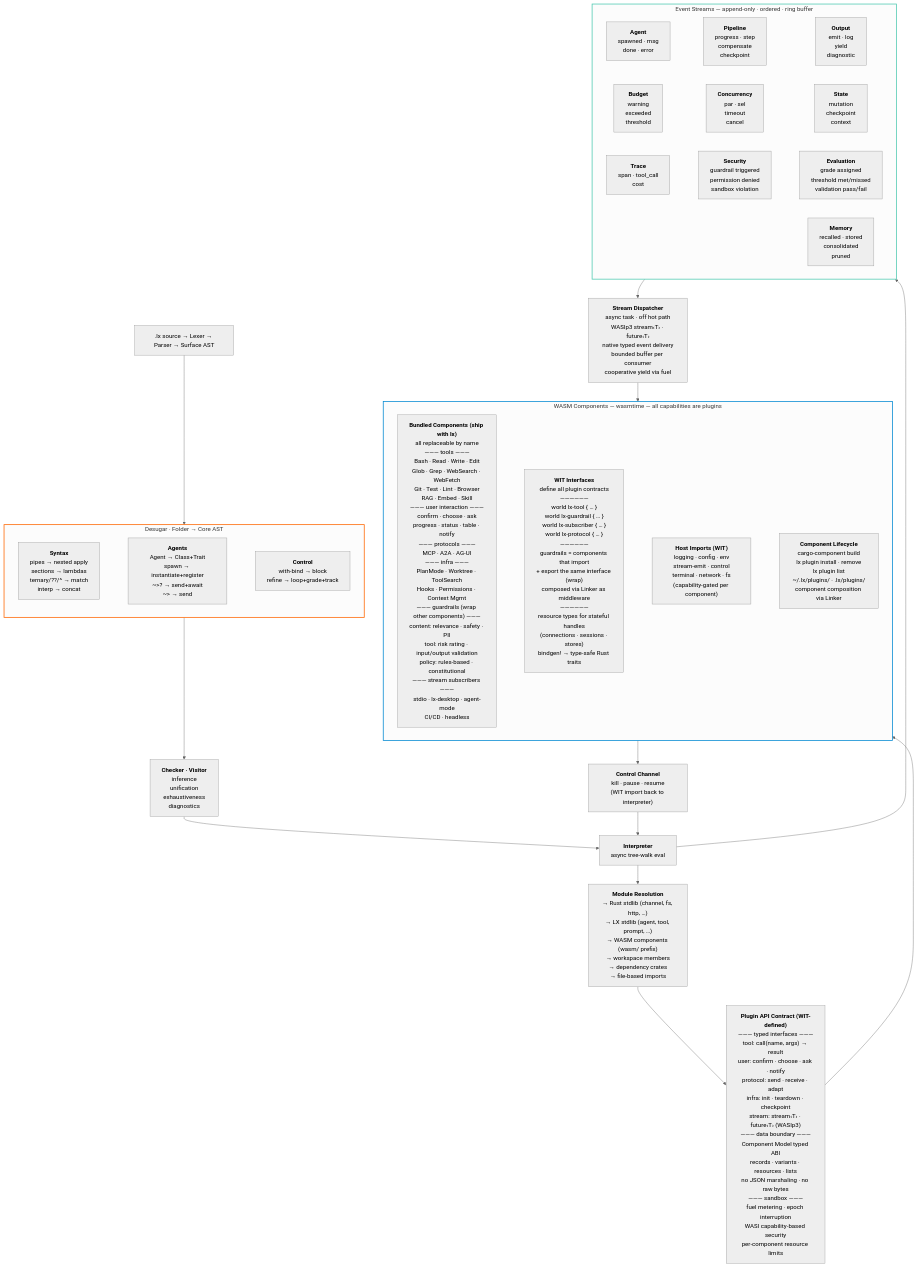
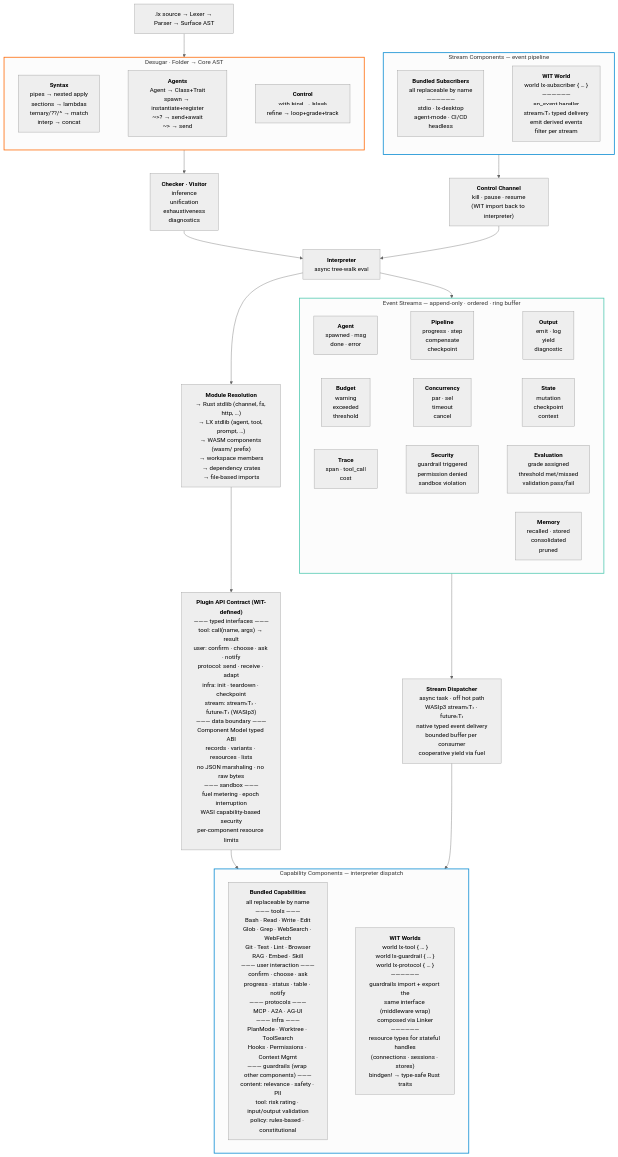
The diagram in DIAGRAM.mmd (Distortedlogic/lx), drawn with Mermaid (neutral theme) before and after one commit. The commit also changed 9 other files, not shown here.

```diff
--- a/DIAGRAM.mmd
+++ b/DIAGRAM.mmd
@@ -1,173 +1,175 @@
 graph TD
     parse[".lx source → Lexer → Parser → Surface AST"]:::orange
     parse --> desugars
 
     subgraph desugars ["Desugar · Folder → Core AST"]
         direction LR
         ds_syntax["`**Syntax**
 pipes → nested apply
 sections → lambdas
 ternary/??/^ → match
 interp → concat`"]:::orange
         ds_agents["`**Agents**
 Agent → Class+Trait
 spawn → instantiate+register
 ~>? → send+await
 ~> → send`"]:::orange
         ds_control["`**Control**
 with-bind → block
 refine → loop+grade+track`"]:::orange
         ds_syntax ~~~ ds_agents ~~~ ds_control
     end
 
     desugars --> checker["`**Checker · Visitor**
 inference
 unification
 exhaustiveness
 diagnostics`"]:::yellow
     checker --> interpreter["`**Interpreter**
 async tree-walk eval`"]:::purple
 
     interpreter --> resolve["`**Module Resolution**
 → Rust stdlib (channel, fs, http, …)
 → LX stdlib (agent, tool, prompt, …)
 → WASM components (wasm/ prefix)
 → workspace members
 → dependency crates
 → file-based imports`"]:::purple
 
     resolve --> api["`**Plugin API Contract (WIT-defined)**
 ——— typed interfaces ———
 tool: call(name, args) → result
 user: confirm · choose · ask · notify
 protocol: send · receive · adapt
 infra: init · teardown · checkpoint
 stream: stream‹T› · future‹T› (WASIp3)
 ——— data boundary ———
 Component Model typed ABI
 records · variants · resources · lists
 no JSON marshaling · no raw bytes
 ——— sandbox ———
 fuel metering · epoch interruption
 WASI capability-based security
 per-component resource limits`"]:::blue
 
     interpreter --> events
 
-    api --> wasm_ext
+    api --> wasm_cap
 
-    subgraph wasm_ext ["WASM Components — wasmtime — all capabilities are plugins"]
+    subgraph wasm_cap ["Capability Components — interpreter dispatch"]
         direction LR
-        bundled["`**Bundled Components (ship with lx)**
+        cap_bundled["`**Bundled Capabilities**
 all replaceable by name
 ——— tools ———
 Bash · Read · Write · Edit
 Glob · Grep · WebSearch · WebFetch
 Git · Test · Lint · Browser
 RAG · Embed · Skill
 ——— user interaction ———
 confirm · choose · ask
 progress · status · table · notify
 ——— protocols ———
 MCP · A2A · AG-UI
 ——— infra ———
 PlanMode · Worktree · ToolSearch
 Hooks · Permissions · Context Mgmt
 ——— guardrails (wrap other components) ———
 content: relevance · safety · PII
 tool: risk rating · input/output validation
-policy: rules-based · constitutional
-——— stream subscribers ———
-stdio · lx-desktop · agent-mode
-CI/CD · headless`"]:::blue
-        wit["`**WIT Interfaces**
-define all plugin contracts
-——————
+policy: rules-based · constitutional`"]:::blue
+        cap_wit["`**WIT Worlds**
 world lx-tool { … }
 world lx-guardrail { … }
-world lx-subscriber { … }
 world lx-protocol { … }
 ——————
-guardrails = components that import
-+ export the same interface (wrap)
-composed via Linker as middleware
+guardrails import + export the
+same interface (middleware wrap)
+composed via Linker
 ——————
 resource types for stateful handles
 (connections · sessions · stores)
 bindgen! → type-safe Rust traits`"]:::blue
-        imports["`**Host Imports (WIT)**
-logging · config · env
-stream-emit · control
-terminal · network · fs
-(capability-gated per component)`"]:::blue
-        lifecycle["`**Component Lifecycle**
-cargo-component build
-lx plugin install · remove
-lx plugin list
-~/.lx/plugins/ · .lx/plugins/
-component composition via Linker`"]:::blue
-        bundled ~~~ wit ~~~ imports ~~~ lifecycle
+        cap_bundled ~~~ cap_wit
     end
 
     subgraph events ["Event Streams — append-only · ordered · ring buffer"]
         direction LR
         evt_agent["`**Agent**
 spawned · msg
 done · error`"]:::teal
         evt_pipeline["`**Pipeline**
 progress · step
 compensate
 checkpoint`"]:::teal
         evt_output["`**Output**
 emit · log
 yield
 diagnostic`"]:::teal
         evt_budget["`**Budget**
 warning
 exceeded
 threshold`"]:::teal
         evt_concurrency["`**Concurrency**
 par · sel
 timeout
 cancel`"]:::teal
         evt_state["`**State**
 mutation
 checkpoint
 context`"]:::teal
         evt_trace["`**Trace**
 span · tool_call
 cost`"]:::teal
         evt_security["`**Security**
 guardrail triggered
 permission denied
 sandbox violation`"]:::teal
         evt_eval["`**Evaluation**
 grade assigned
 threshold met/missed
 validation pass/fail`"]:::teal
         evt_memory["`**Memory**
 recalled · stored
 consolidated
 pruned`"]:::teal
         evt_agent ~~~ evt_pipeline ~~~ evt_output
         evt_budget ~~~ evt_concurrency ~~~ evt_state
         evt_trace ~~~ evt_security ~~~ evt_eval
     end
 
     events --> dispatch["`**Stream Dispatcher**
 async task · off hot path
 WASIp3 stream‹T› · future‹T›
 native typed event delivery
 bounded buffer per consumer
 cooperative yield via fuel`"]:::teal
 
-    dispatch --> wasm_ext
+    dispatch --> wasm_cap
 
-    wasm_ext --> control["`**Control Channel**
+    subgraph wasm_stream ["Stream Components — event pipeline"]
+        direction LR
+        stream_bundled["`**Bundled Subscribers**
+all replaceable by name
+——————
+stdio · lx-desktop
+agent-mode · CI/CD
+headless`"]:::blue
+        stream_wit["`**WIT World**
+world lx-subscriber { … }
+——————
+on_event handler
+stream‹T› typed delivery
+emit derived events
+filter per stream`"]:::blue
+        stream_bundled ~~~ stream_wit
+    end
+
+    wasm_stream --> control["`**Control Channel**
 kill · pause · resume
 (WIT import back to interpreter)`"]:::teal
     control --> interpreter
 
     style desugars stroke:#ff6600,stroke-width:2px
     style events stroke:#4ec9b0,stroke-width:2px
-    style wasm_ext stroke:#0288d1,stroke-width:2px
+    style wasm_cap stroke:#0288d1,stroke-width:2px
+    style wasm_stream stroke:#0288d1,stroke-width:2px
```
